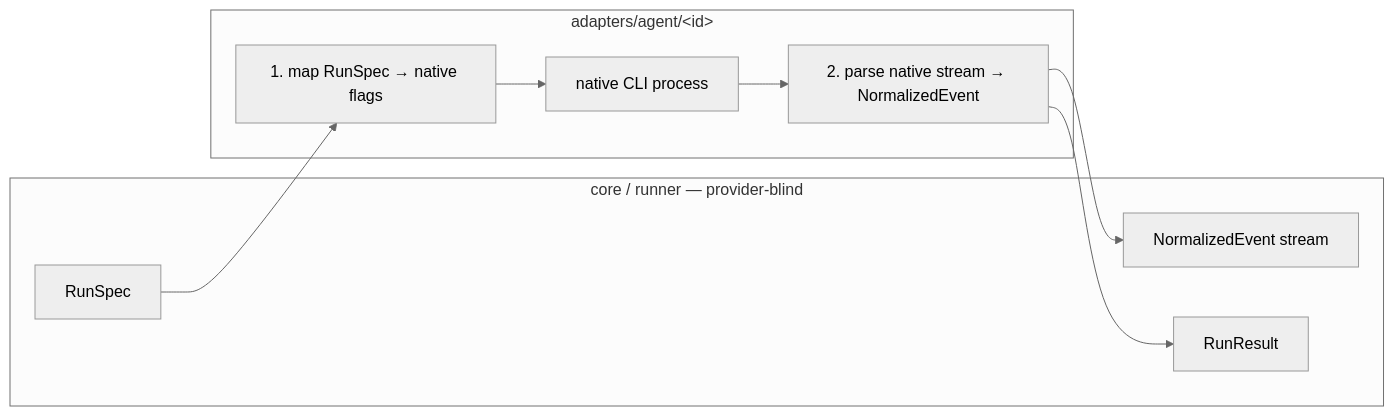
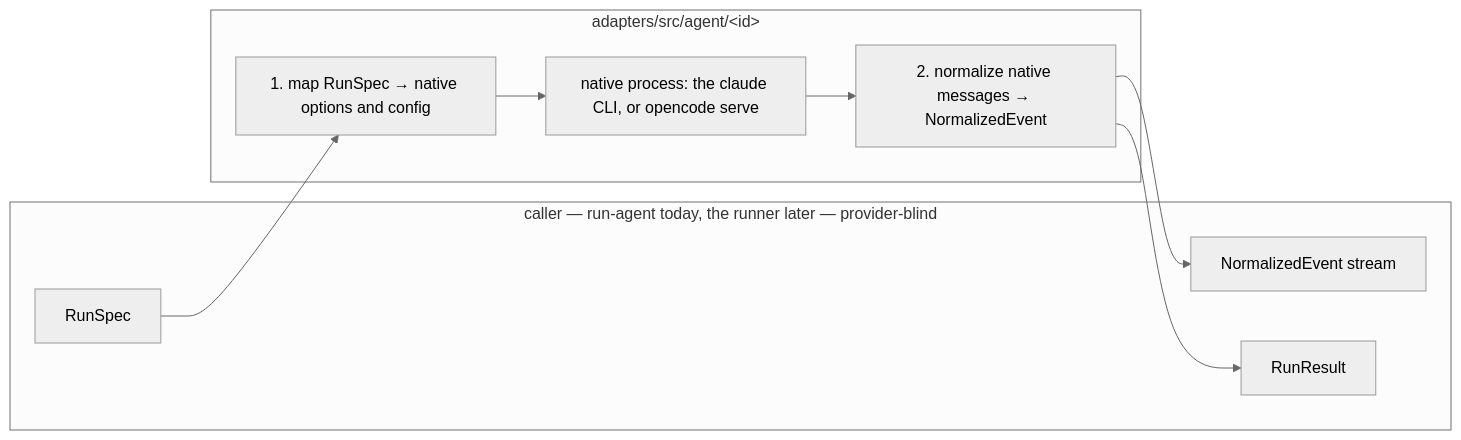
Before and after one commit to ClearCloudSoftware/flowboard: the diagram in docs/FlowBoard/Agent Providers/AgentProvider Port.md, drawn with Mermaid (neutral theme). The commit also changed other lines of this file and 33 other files, not shown here.

````diff
--- a/docs/FlowBoard/Agent Providers/AgentProvider Port.md
+++ b/docs/FlowBoard/Agent Providers/AgentProvider Port.md
@@ -42,15 +55,15 @@
 ```mermaid
 flowchart LR
-  subgraph core [core / runner — provider-blind]
+  subgraph core [caller — run-agent today, the runner later — provider-blind]
     RS[RunSpec]
     NE[NormalizedEvent stream]
     RR[RunResult]
   end
-  subgraph adapter [adapters/agent/&lt;id&gt;]
-    M1[1. map RunSpec → native flags]
-    CLI[native CLI process]
-    M2[2. parse native stream → NormalizedEvent]
+  subgraph adapter [adapters/src/agent/&lt;id&gt;]
+    M1[1. map RunSpec → native options and config]
+    CLI[native process: the claude CLI, or opencode serve]
+    M2[2. normalize native messages → NormalizedEvent]
   end
   RS --> M1 --> CLI --> M2 --> NE
   M2 --> RR
 ```
````
